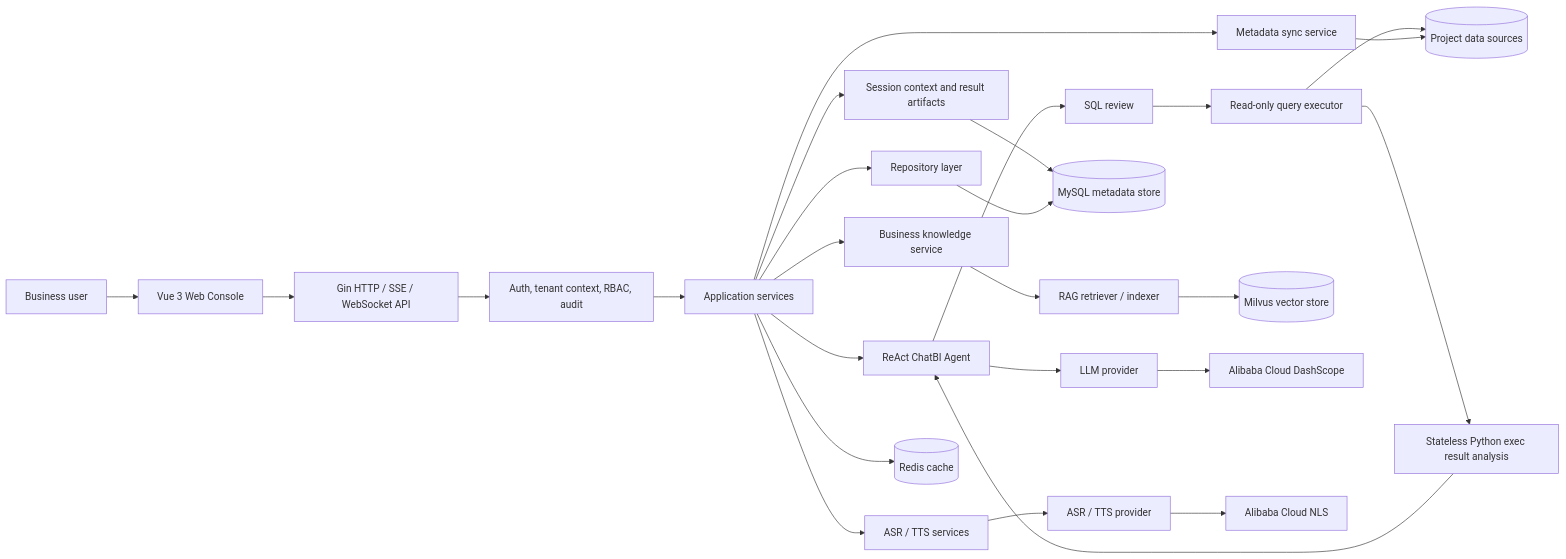
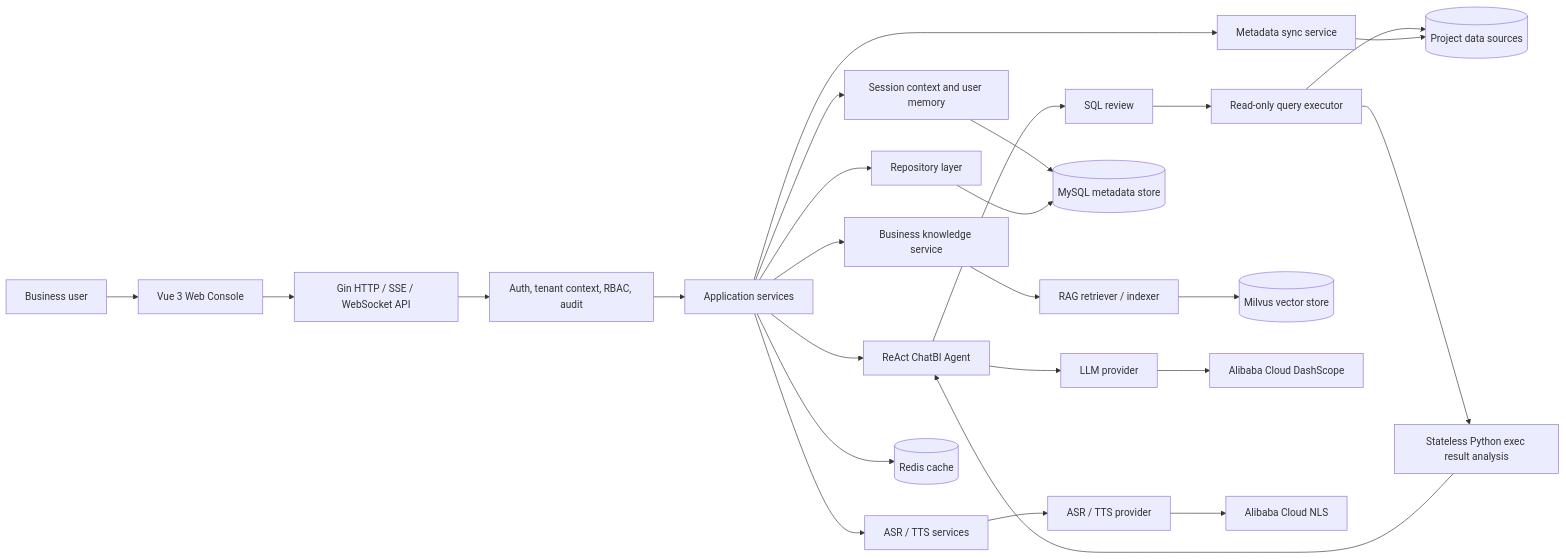
The first of 3 diagrams in README.md (fanxiangqing/ling-shu), drawn with Mermaid before and after one commit. The commit also changed other lines of this file and 1 other file, not shown here.

Commit message:
docs: document user memory

````diff
--- a/README.md
+++ b/README.md
@@ -63,32 +65,32 @@
 ```mermaid
 flowchart LR
   User["Business user"] --> Web["Vue 3 Web Console"]
   Web --> API["Gin HTTP / SSE / WebSocket API"]
   API --> Gate["Auth, tenant context, RBAC, audit"]
   Gate --> Service["Application services"]
 
   Service --> Agent["ReAct ChatBI Agent"]
-  Service --> Memory["Session context and result artifacts"]
+  Service --> Memory["Session context and user memory"]
   Service --> Knowledge["Business knowledge service"]
   Service --> Metadata["Metadata sync service"]
   Service --> Voice["ASR / TTS services"]
   Service --> Repo["Repository layer"]
 
   Agent --> Review["SQL review"]
   Review --> Executor["Read-only query executor"]
   Executor --> Sources[("Project data sources")]
   Executor --> PyExec["Stateless Python exec result analysis"]
   PyExec --> Agent
 
   Knowledge --> RAG["RAG retriever / indexer"]
   RAG --> Milvus[("Milvus vector store")]
 
   Metadata --> Sources
   Memory --> MySQL[("MySQL metadata store")]
   Repo --> MySQL
   Service --> Redis[("Redis cache")]
   Agent --> LLM["LLM provider"]
   Voice --> Speech["ASR / TTS provider"]
   LLM --> Aliyun["Alibaba Cloud DashScope"]
   Speech --> AliyunNLS["Alibaba Cloud NLS"]
 ```
````
